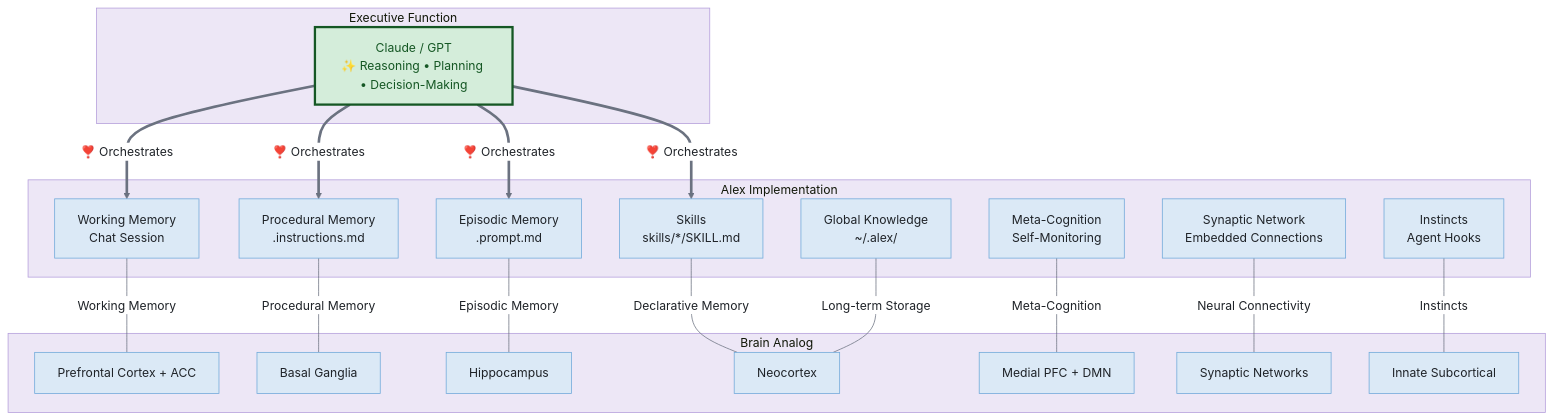
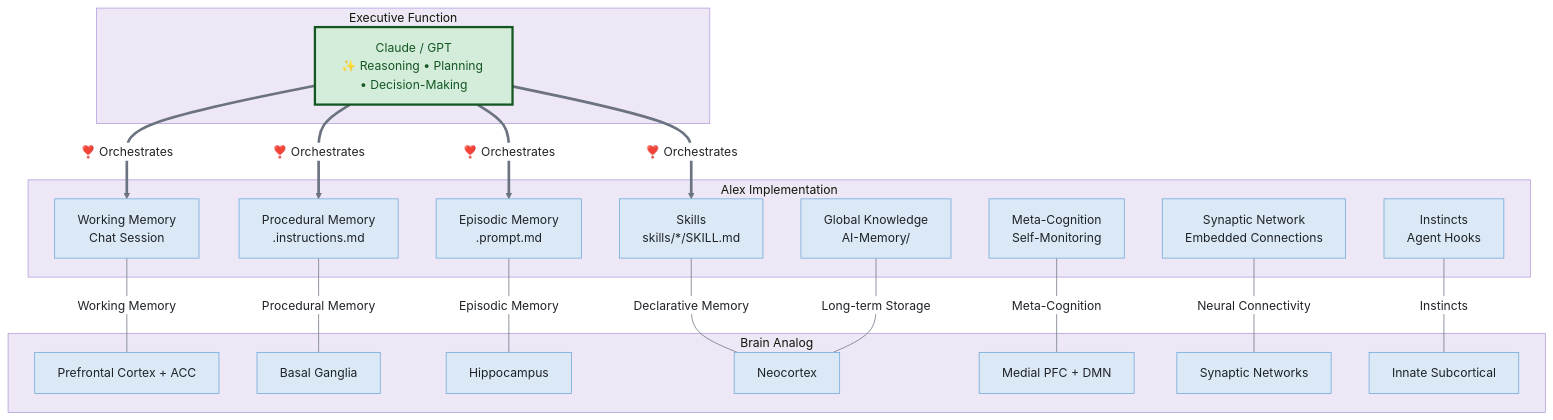
Before and after one commit to fabioc-aloha/Alex_Plug_In: the third of 7 diagrams in alex_docs/architecture/COGNITIVE-ARCHITECTURE.md, drawn with Mermaid. The commit also changed other lines of this file and 85 other files, not shown here.

````diff
--- a/alex_docs/architecture/COGNITIVE-ARCHITECTURE.md
+++ b/alex_docs/architecture/COGNITIVE-ARCHITECTURE.md
@@ -133,44 +133,44 @@
 ```mermaid
 %%{init: {'theme': 'base', 'themeVariables': {'background': '#f8f9fa', 'primaryColor': '#dbe9f6', 'primaryTextColor': '#1f2328', 'primaryBorderColor': '#6ea8d9', 'lineColor': '#6b7280', 'secondaryColor': '#d1f5ef', 'secondaryBorderColor': '#5ab5a0', 'tertiaryColor': '#ede7f6', 'tertiaryBorderColor': '#b39ddb', 'edgeLabelBackground': '#ffffff', 'fontFamily': 'Segoe UI, system-ui, sans-serif'}}}%%
 graph TB
     subgraph "Executive Function"
         LLM["Claude / GPT<br/>✨ Reasoning • Planning • Decision-Making"]
     end
 
     subgraph "Alex Implementation"
         WM[Working Memory<br/>Chat Session]
         PM[Procedural Memory<br/>.instructions.md]
         EM[Episodic Memory<br/>.prompt.md]
         SK[Skills<br/>skills/*/SKILL.md]
-        GK[Global Knowledge<br/>~/.alex/]
+        GK[Global Knowledge<br/>AI-Memory/]
         SYN[Synaptic Network<br/>Embedded Connections]
         MC[Meta-Cognition<br/>Self-Monitoring]
         INST[Instincts<br/>Agent Hooks]
     end
 
     subgraph "Brain Analog"
         PFC[Prefrontal Cortex + ACC]
         BG[Basal Ganglia]
         HIPP[Hippocampus]
         NC[Neocortex]
         MPFC[Medial PFC + DMN]
         SYNBIO[Synaptic Networks]
         SUB[Innate Subcortical]
     end
 
     LLM ==>|"❣️ Orchestrates"| WM
     LLM ==>|"❣️ Orchestrates"| PM
     LLM ==>|"❣️ Orchestrates"| EM
     LLM ==>|"❣️ Orchestrates"| SK
 
     WM ---|"Working Memory"| PFC
     PM ---|"Procedural Memory"| BG
     EM ---|"Episodic Memory"| HIPP
     SK ---|"Declarative Memory"| NC
     GK ---|"Long-term Storage"| NC
     SYN ---|"Neural Connectivity"| SYNBIO
     MC ---|"Meta-Cognition"| MPFC
     INST ---|"Instincts"| SUB
 
     style LLM fill:#d4edda,stroke:#155724,color:#155724,stroke-width:3px
 ```
````
